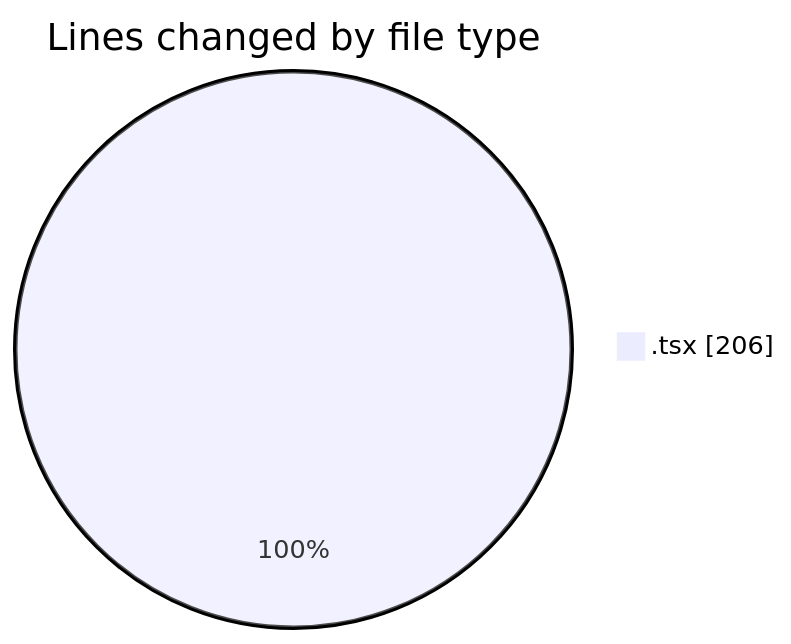
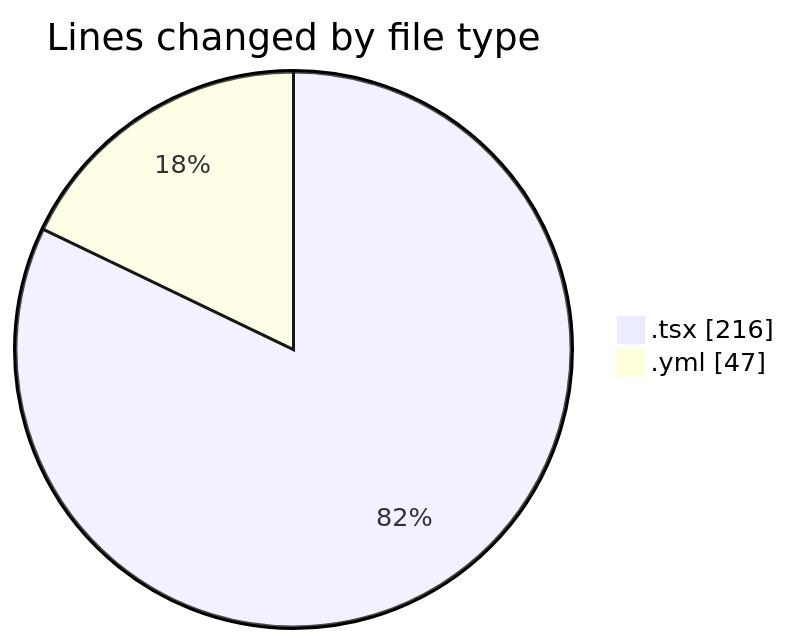
One commit to robertbonfada/code-tracking changed the first of 2 diagrams in 2025-02-05/mbc-web/README.md. Above: the diagram before and after it, drawn with Mermaid. The commit also changed other lines of this file and 1 other file, not shown here.

````diff
--- a/2025-02-05/mbc-web/README.md
+++ b/2025-02-05/mbc-web/README.md
@@ -21,5 +23,6 @@
 ```mermaid
 pie showData
 title Lines changed by file type
-".tsx" : 206
+".tsx" : 216
+".yml" : 47
 ```
````
